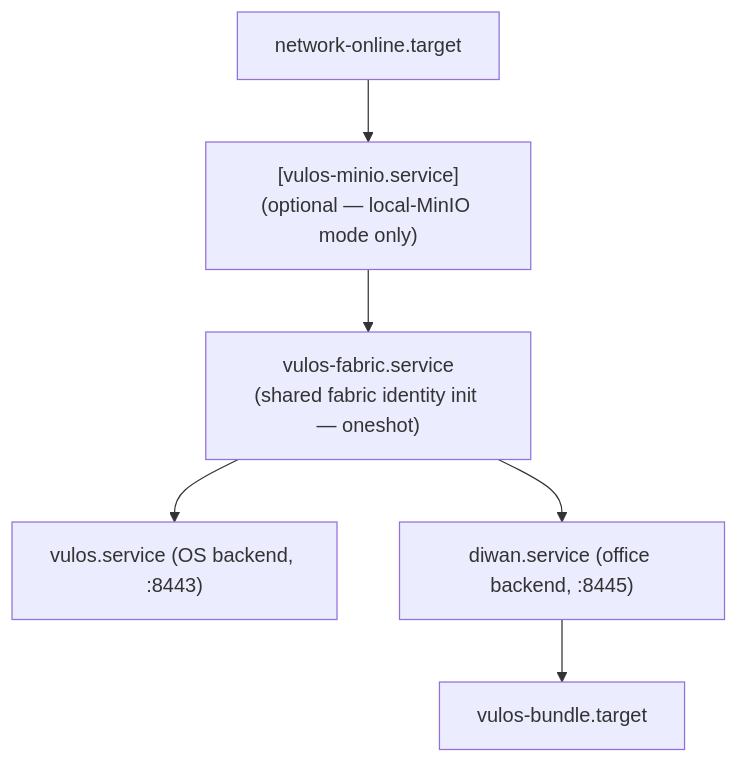
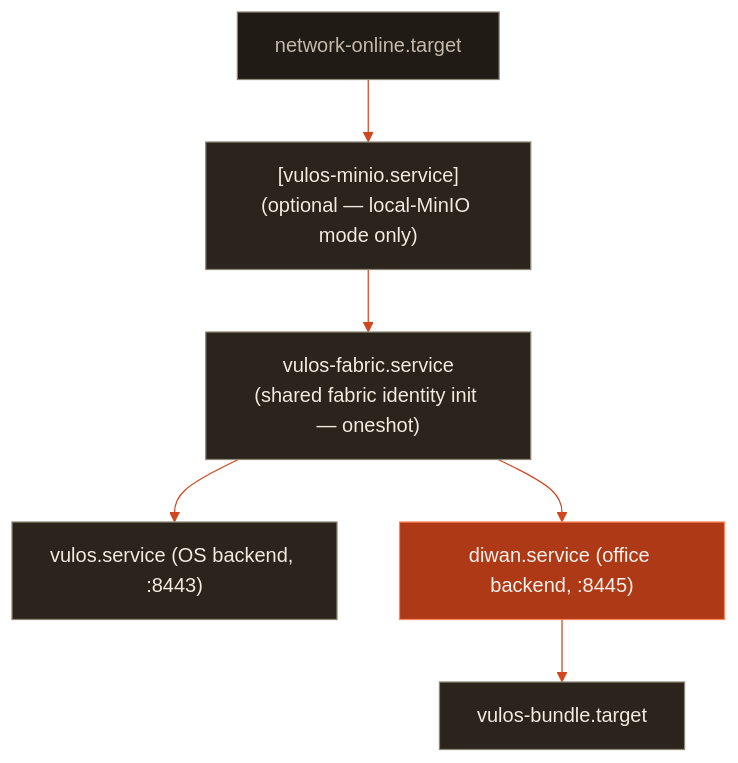
Before and after one commit to vul-os/diwan: the diagram in site/docs/install.md, drawn with Mermaid. The commit also changed 5 other files, not shown here.

````diff
--- a/site/docs/install.md
+++ b/site/docs/install.md
@@ -69,14 +69,21 @@
 ```mermaid
+%%{init: {'theme':'base','themeVariables':{'fontFamily':'ui-monospace, SFMono-Regular, Menlo, monospace','primaryColor':'#2A241C','primaryBorderColor':'#8E8677','primaryTextColor':'#F1EBE0','lineColor':'#D0471F','edgeLabelBackground':'#201B15','tertiaryTextColor':'#F1EBE0','clusterBorder':'#8E8677','clusterBkg':'transparent'}}}%%
 flowchart TD
+    classDef entry fill:#201B15,stroke:#8E8677,color:#C3BAAC
+    classDef subject fill:#AE3917,stroke:#FF8759,color:#FFF1EA
+    classDef downstream fill:#2A241C,stroke:#8E8677,color:#F1EBE0
     Net["network-online.target"]
     MinIO["[vulos-minio.service]<br/>(optional — local-MinIO mode only)"]
     Fabric["vulos-fabric.service<br/>(shared fabric identity init — oneshot)"]
     OS["vulos.service (OS backend, :8443)"]
     Diwan["diwan.service (office backend, :8445)"]
     Bundle["vulos-bundle.target"]
     Net --> MinIO
     MinIO --> Fabric
     Fabric --> OS
     Fabric --> Diwan
     Diwan --> Bundle
+    class Net entry
+    class Diwan subject
+    class MinIO,Fabric,OS,Bundle downstream
 ```
````
